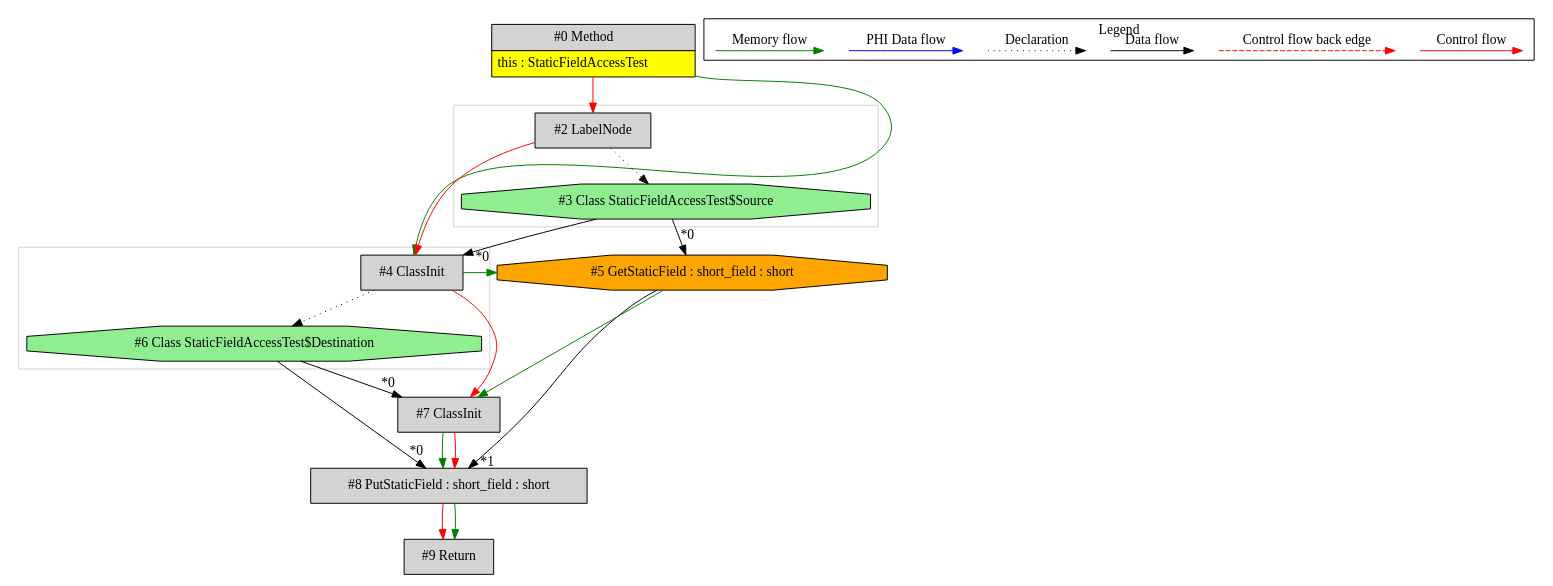
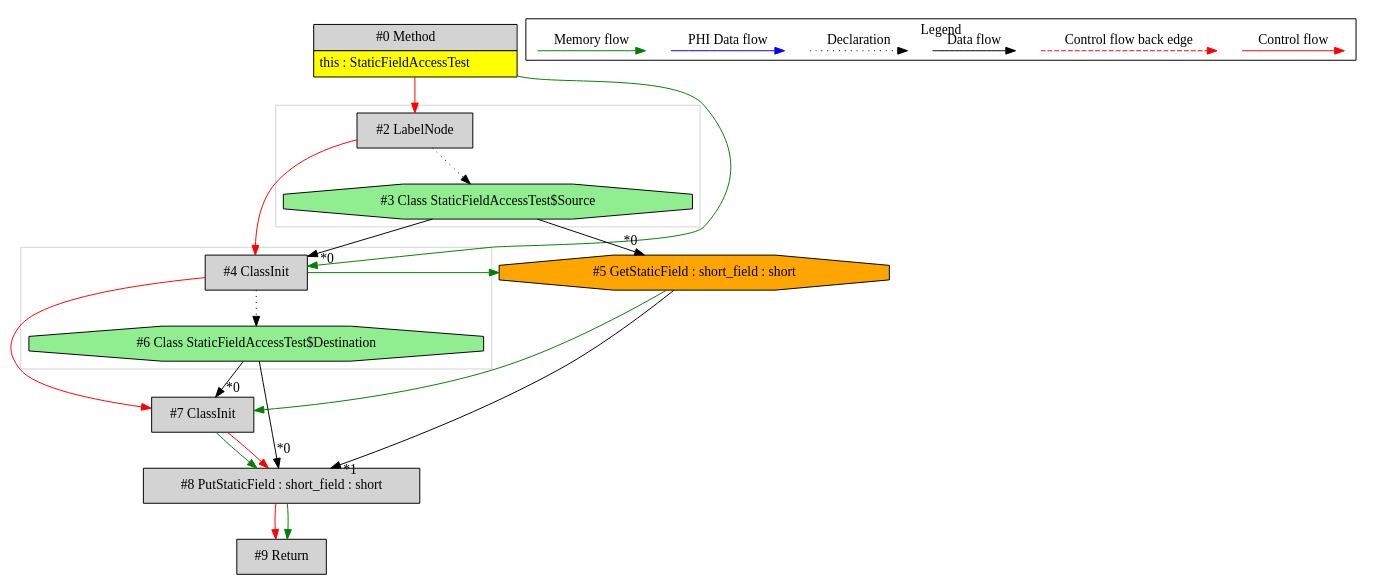
One commit to mirkosertic/MetaIR changed the diagram in de.mirkosertic.metair.ir.examples.StaticFieldAccessTest/copy_short/ir.dot. Above: the diagram before and after it, drawn with Graphviz. The commit also changed other lines of this file and 1045 other files, not shown here.

```diff
--- a/de.mirkosertic.metair.ir.examples.StaticFieldAccessTest/copy_short/ir.dot
+++ b/de.mirkosertic.metair.ir.examples.StaticFieldAccessTest/copy_short/ir.dot
@@ -1,65 +1,65 @@
 digraph {
  ordering="in";
  node0[margin="0", label=<<table border="0" cellborder="1" cellspacing="0" cellpadding="5"><tr><td colspan="1">#0 Method</td></tr><tr><td port="prj1" bgcolor="yellow">this : StaticFieldAccessTest</td></tr></table>>,shape=none, fillcolor=lightgrey, style=filled];
  node2[label="#2 LabelNode",shape=box, fillcolor=lightgrey, style=filled];
  node0 -> node2[labeldistance=2, color=red, fontcolor=red];
  node3[label="#3 Class StaticFieldAccessTest$Source",shape=octagon, fillcolor=lightgreen, style=filled];
  node2 -> node3[style=dotted];
+ node5[label="#5 GetStaticField : short_field : short",shape=octagon, fillcolor=orange, style=filled];
+ node3 -> node5[headlabel="*0", labeldistance=2];
+ node4 -> node5[labeldistance=2, color=green, constraint=false];
  node4[label="#4 ClassInit",shape=box, fillcolor=lightgrey, style=filled];
  node3 -> node4[headlabel="*0", labeldistance=2];
  node0 -> node4[labeldistance=2, color=green, constraint=false];
  node2 -> node4[labeldistance=2, color=red, fontcolor=red];
  node6[label="#6 Class StaticFieldAccessTest$Destination",shape=octagon, fillcolor=lightgreen, style=filled];
  node4 -> node6[style=dotted];
  node8[label="#8 PutStaticField : short_field : short",shape=box, fillcolor=lightgrey, style=filled];
  node6 -> node8[headlabel="*0", labeldistance=2];
  node5 -> node8[headlabel="*1", labeldistance=2];
  node7 -> node8[labeldistance=2, color=green, constraint=false];
  node7 -> node8[labeldistance=2, color=red, fontcolor=red];
  node7[label="#7 ClassInit",shape=box, fillcolor=lightgrey, style=filled];
  node6 -> node7[headlabel="*0", labeldistance=2];
  node5 -> node7[labeldistance=2, color=green, constraint=false];
  node4 -> node7[labeldistance=2, color=red, fontcolor=red];
- node5[label="#5 GetStaticField : short_field : short",shape=octagon, fillcolor=orange, style=filled];
- node3 -> node5[headlabel="*0", labeldistance=2];
- node4 -> node5[labeldistance=2, color=green, constraint=false];
  node9[label="#9 Return",shape=box, fillcolor=lightgrey, style=filled];
  node8 -> node9[labeldistance=2, color=red, fontcolor=red];
  node8 -> node9[labeldistance=2, color=green, constraint=false];
  subgraph cluster_0 {
   color=lightgray;
   node4;
   node6;
  }
  subgraph cluster_1 {
   color=lightgray;
   node2;
   node3;
  }
  subgraph cluster_000 {
   label = "Legend";
   node [shape=point]
   {
    rank=same;
    c0 [style = invis];
    c1 [style = invis];
    c2 [style = invis];
    c3 [style = invis];
    d0 [style = invis];
    d1 [style = invis];
    d2 [style = invis];
    d3 [style = invis];
    d4 [style = invis];
    d5 [style = invis];
    d6 [style = invis];
    d7 [style = invis];
   }
   c0 -> c1 [label="Control flow", style=solid, color=red]
   c2 -> c3 [label="Control flow back edge", style=dashed, color=red]
   d0 -> d1 [label="Data flow"]
   d2 -> d3 [label="Declaration", style=dotted]
   d4 -> d5 [label="PHI Data flow", color=blue]
   d6 -> d7 [label="Memory flow", color=green]
  }
 
 }
```
